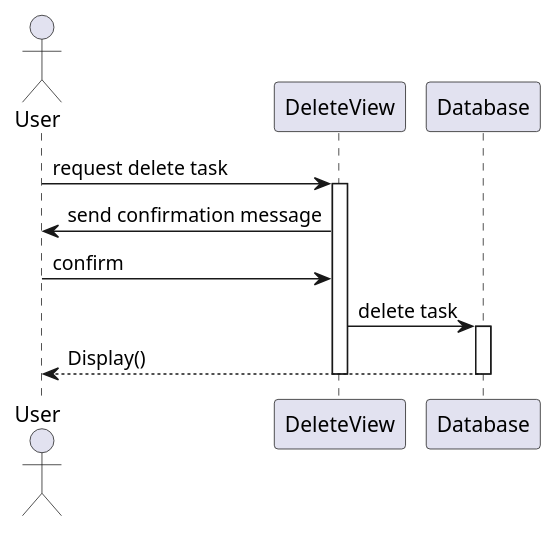
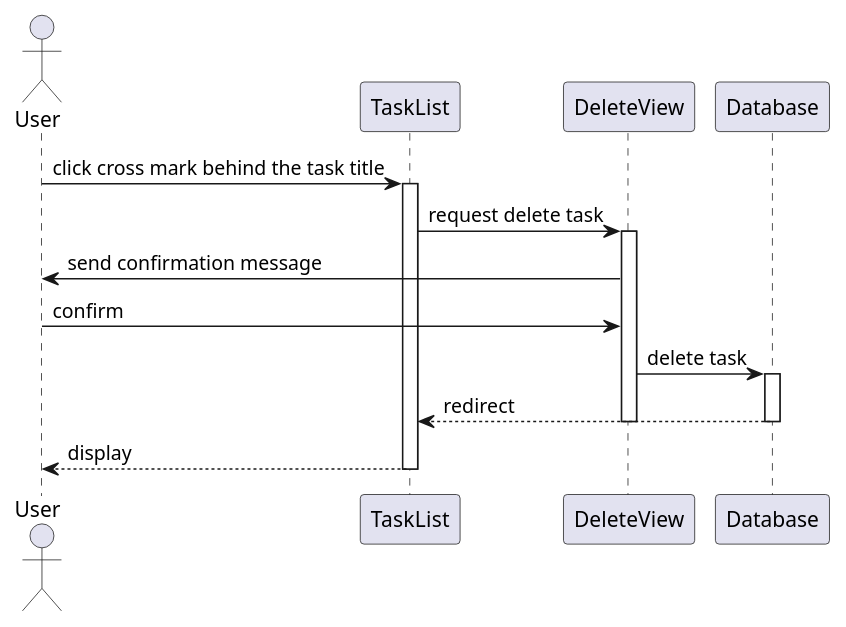
The diagram in sequence-diagram/web-client/deletetask.wsd (Kritsanawipankhet/CE64-41), drawn with PlantUML before and after one commit.

Commit message:
Update deletetask.wsd (#26)

```diff
--- a/sequence-diagram/web-client/deletetask.wsd
+++ b/sequence-diagram/web-client/deletetask.wsd
@@ -1,12 +1,16 @@
 @startuml
 Actor User
-User -> DeleteView : request delete task
+User -> TaskList : click cross mark behind the task title
+activate TaskList
+TaskList -> DeleteView : request delete task
 activate DeleteView
 DeleteView -> User : send confirmation message
 User -> DeleteView : confirm
 DeleteView -> Database : delete task
 activate Database
-Database --> User : Display()
+Database --> TaskList : redirect
 deactivate Database
 deactivate DeleteView
+TaskList --> User : display
+deactivate TaskList
 @enduml
```
